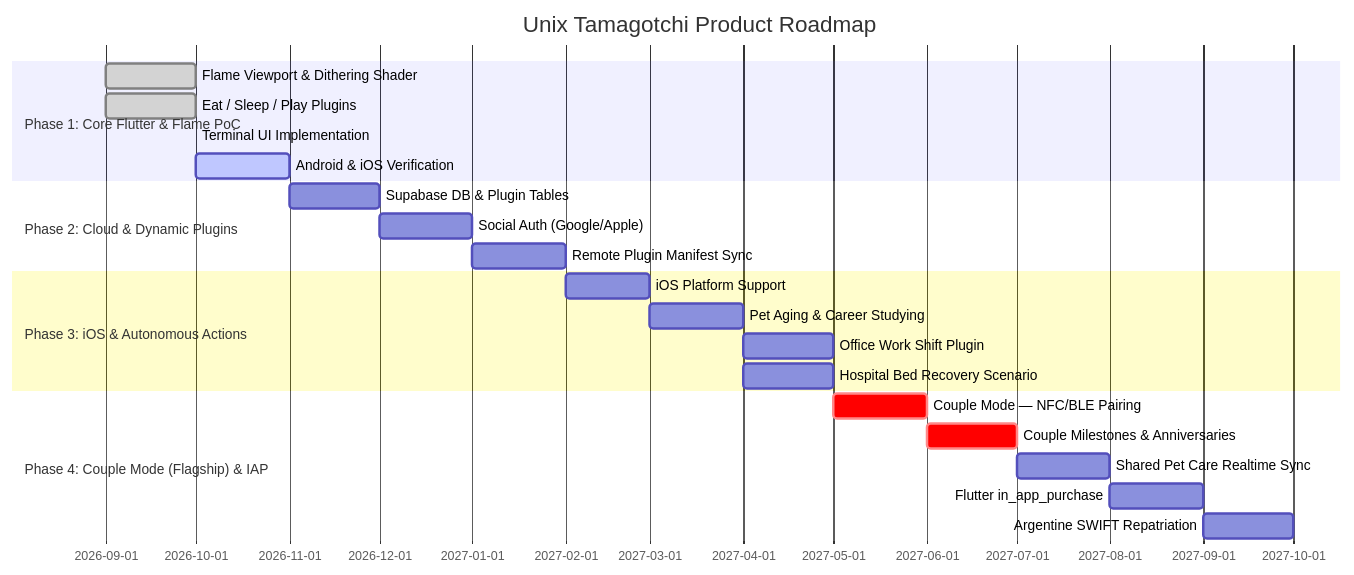
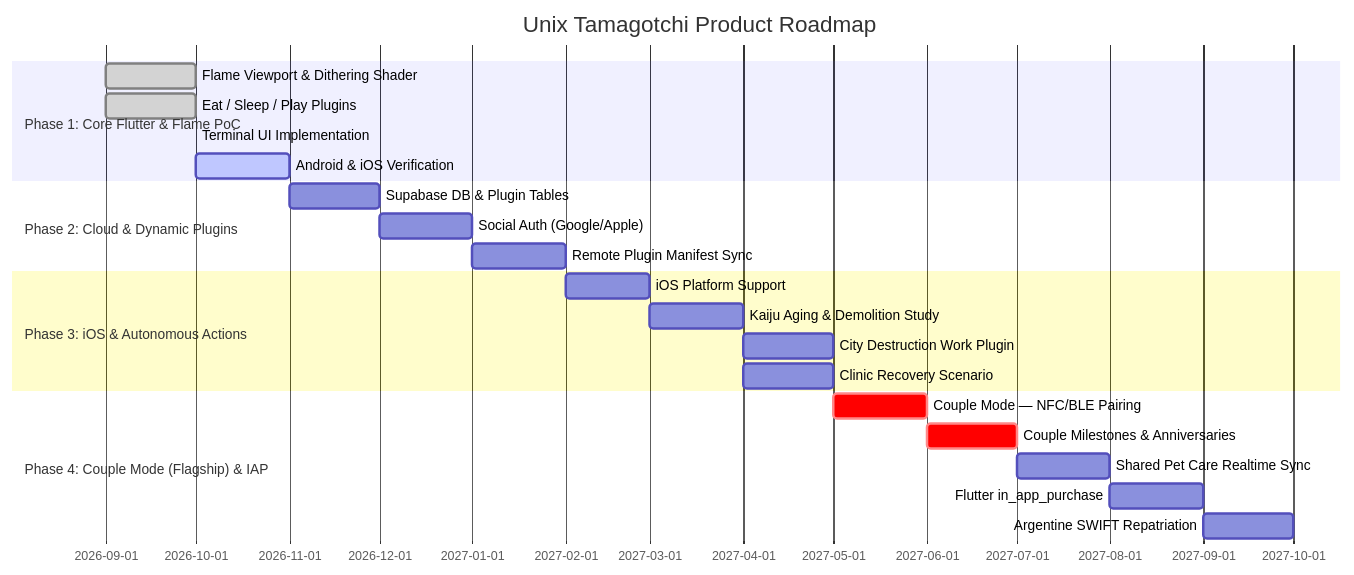
Before and after one commit to TheMrCorvy/HATCH.REF: the diagram in Documentation/Features/04-poc-scope-and-future-roadmap.md, drawn with Mermaid. The commit also changed other lines of this file and 34 other files, not shown here.

````diff
--- a/Documentation/Features/04-poc-scope-and-future-roadmap.md
+++ b/Documentation/Features/04-poc-scope-and-future-roadmap.md
@@ -30,28 +30,28 @@
 ```mermaid
 gantt
     title Unix Tamagotchi Product Roadmap
     dateFormat  YYYY-MM
     section Phase 1: Core Flutter & Flame PoC
     Flame Viewport & Dithering Shader :done, p1_1, 2026-09, 2026-10
     Eat / Sleep / Play Plugins       :done, p1_2, 2026-09, 2026-10
     Terminal UI Implementation       :done, p1_3, 2026-10, 2026-10
     Android & iOS Verification       :active, p1_4, 2026-10, 2026-11
 
     section Phase 2: Cloud & Dynamic Plugins
     Supabase DB & Plugin Tables      :p2_1, 2026-11, 2026-12
     Social Auth (Google/Apple)       :p2_2, 2026-12, 2027-01
     Remote Plugin Manifest Sync      :p2_3, 2027-01, 2027-02
 
     section Phase 3: iOS & Autonomous Actions
     iOS Platform Support             :p3_0, 2027-02, 2027-03
-    Pet Aging & Career Studying      :p3_1, 2027-03, 2027-04
-    Office Work Shift Plugin         :p3_2, 2027-04, 2027-05
-    Hospital Bed Recovery Scenario   :p3_3, 2027-04, 2027-05
+    Kaiju Aging & Demolition Study   :p3_1, 2027-03, 2027-04
+    City Destruction Work Plugin     :p3_2, 2027-04, 2027-05
+    Clinic Recovery Scenario         :p3_3, 2027-04, 2027-05
 
     section Phase 4: Couple Mode (Flagship) & IAP
     Couple Mode — NFC/BLE Pairing    :crit, p4_0, 2027-05, 2027-06
     Couple Milestones & Anniversaries :crit, p4_1, 2027-06, 2027-07
     Shared Pet Care Realtime Sync    :p4_2, 2027-07, 2027-08
     Flutter in_app_purchase          :p4_3, 2027-08, 2027-09
     Argentine SWIFT Repatriation     :p4_4, 2027-09, 2027-10
 ```
````
